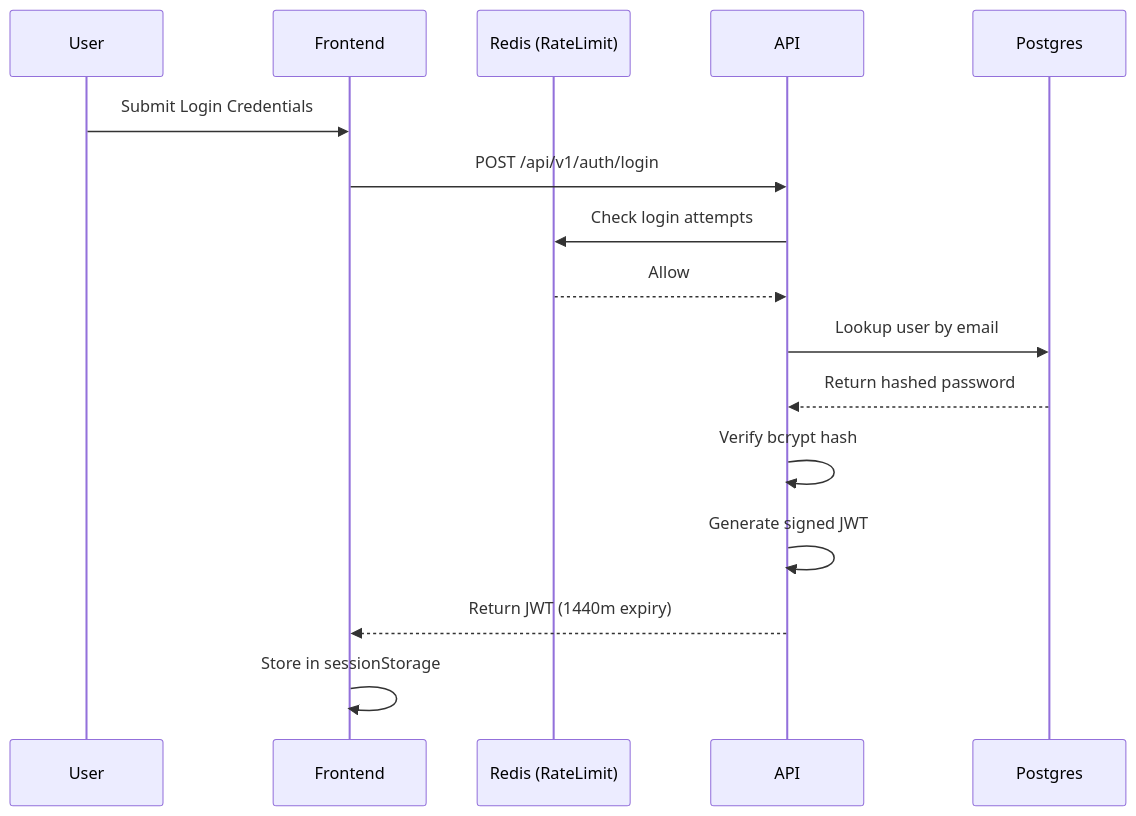
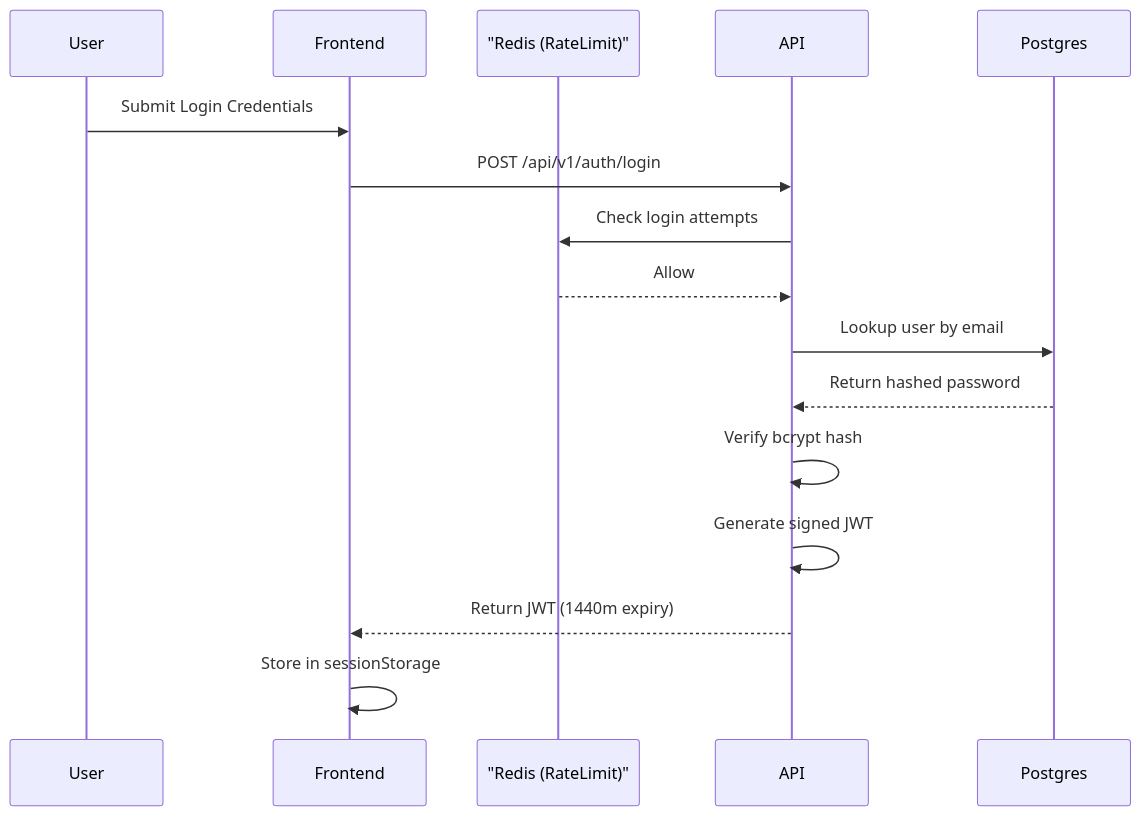
The seventh of 9 diagrams in README.md (icemberg/Aushnexa_BioLumina---an-AI-powered-Ayurveda-Allopathy-Drug-Interaction-Platform.), drawn with Mermaid before and after one commit. The commit also changed other lines of this file and 1 other file, not shown here.

````diff
--- a/README.md
+++ b/README.md
@@ -558,19 +320,19 @@
 ```mermaid
 sequenceDiagram
     participant User
     participant Frontend
-    participant Redis (RateLimit)
+    participant Redis as "Redis (RateLimit)"
     participant API
     participant Postgres
 
     User->>Frontend: Submit Login Credentials
     Frontend->>API: POST /api/v1/auth/login
-    API->>Redis (RateLimit): Check login attempts
-    Redis (RateLimit)-->>API: Allow
+    API->>Redis: Check login attempts
+    Redis-->>API: Allow
     API->>Postgres: Lookup user by email
     Postgres-->>API: Return hashed password
     API->>API: Verify bcrypt hash
     API->>API: Generate signed JWT
     API-->>Frontend: Return JWT (1440m expiry)
     Frontend->>Frontend: Store in sessionStorage
 ```
````
